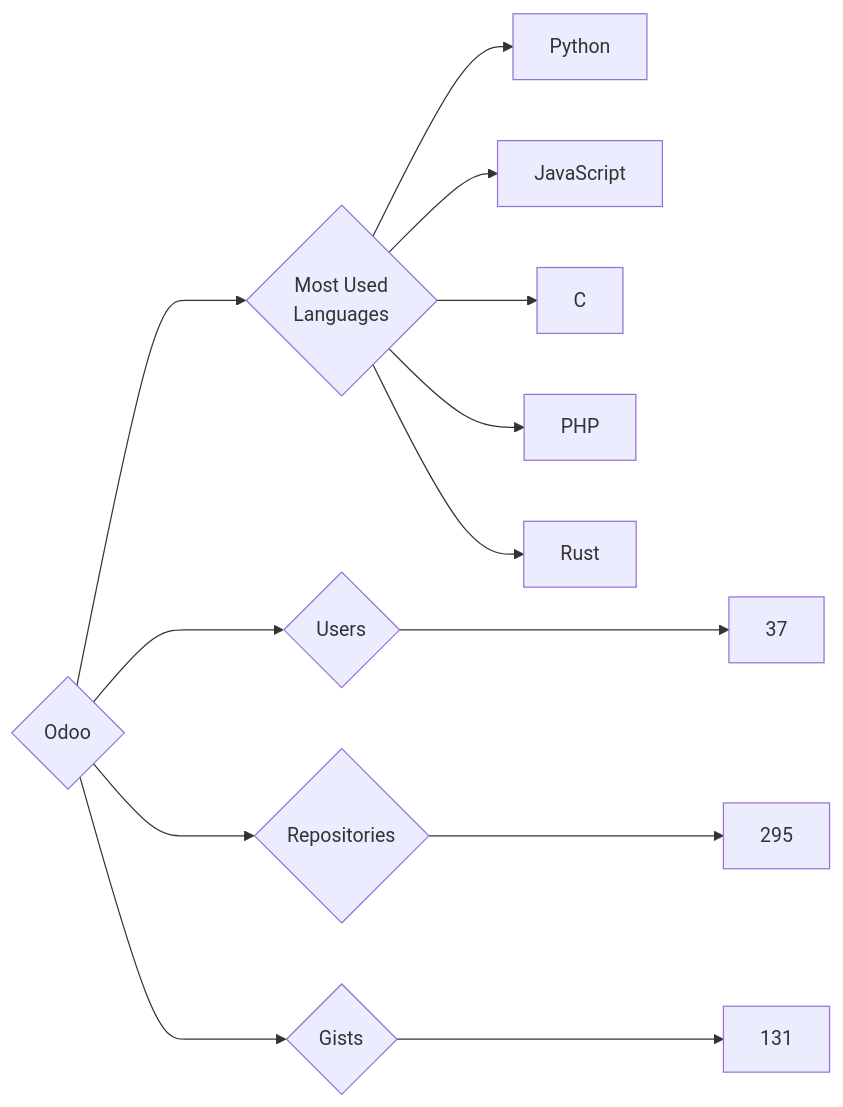
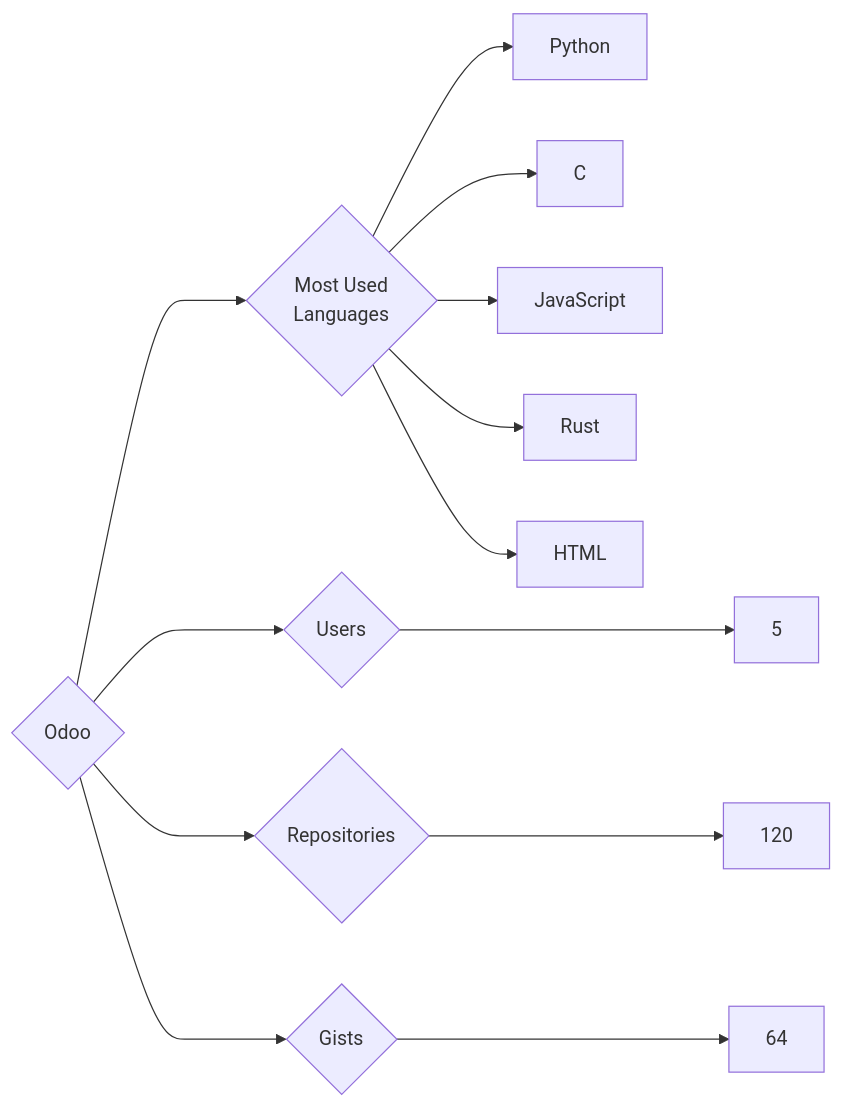
One commit to trickest/insiders changed the diagram in targets/Odoo/README.md. Above: the diagram before and after it, drawn with Mermaid. The commit also changed 1011 other files, not shown here.

````diff
--- a/targets/Odoo/README.md
+++ b/targets/Odoo/README.md
@@ -3,13 +3,13 @@
 ```mermaid
 graph LR
 COMPANY_NAME{Odoo}
-COMPANY_NAME ---> U{Users} ---> UN[37]
-COMPANY_NAME ---> R{Repositories} ---> RN[295]
-COMPANY_NAME ---> G{Gists} ---> GN[131]
+COMPANY_NAME ---> U{Users} ---> UN[5]
+COMPANY_NAME ---> R{Repositories} ---> RN[120]
+COMPANY_NAME ---> G{Gists} ---> GN[64]
 COMPANY_NAME ---> ML{Most Used<br>Languages}
 ML --> Python[Python]
+ML --> C[C]
 ML --> JavaScript[JavaScript]
-ML --> C[C]
-ML --> PHP[PHP]
 ML --> Rust[Rust]
+ML --> HTML[HTML]
 ```
````
